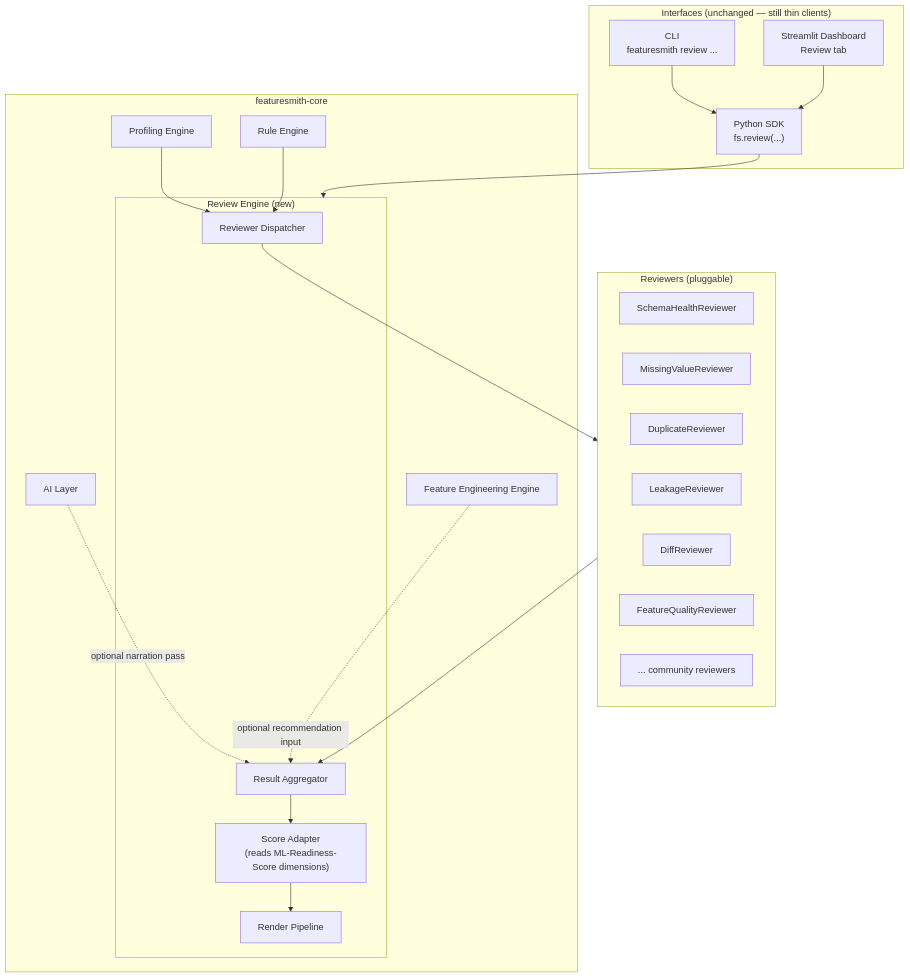
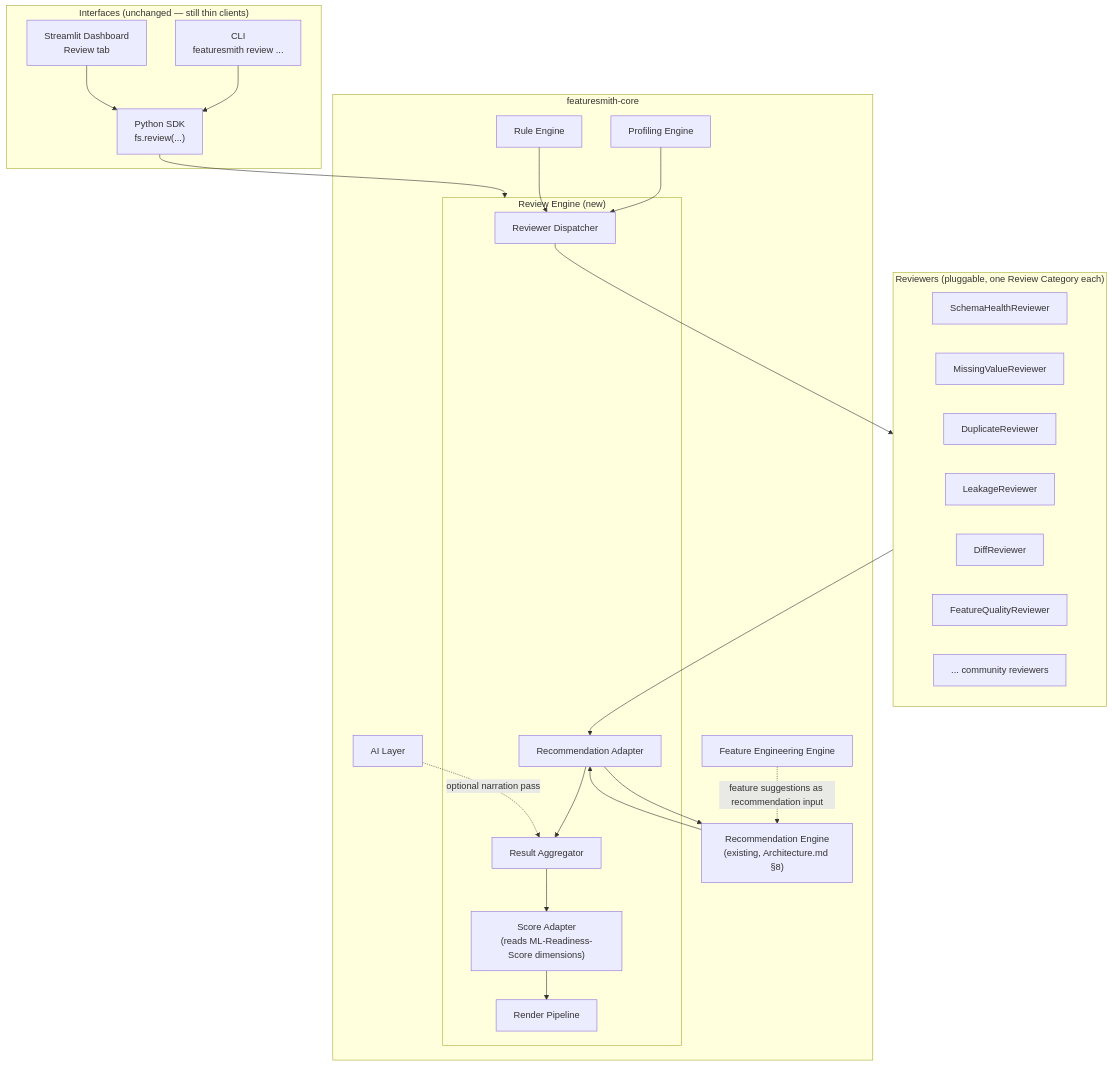
One commit to adityagangwani30/FeatureSmith changed the fourth of 5 diagrams in docs/features/Review-Engine-Architecture.md. Above: the diagram before and after it, drawn with Mermaid. The commit also changed other lines of this file and 13 other files, not shown here.

Commit message:
docs: synchronize architecture and implementation for v0.2.0

````diff
--- a/docs/features/Review-Engine-Architecture.md
+++ b/docs/features/Review-Engine-Architecture.md
@@ -87,43 +112,48 @@
 ```mermaid
 flowchart TB
     subgraph Surfaces["Interfaces (unchanged — still thin clients)"]
         SDK["Python SDK\nfs.review(...)"]
         CLI["CLI\nfeaturesmith review ..."]
         DASH["Streamlit Dashboard\nReview tab"]
     end
 
     subgraph Core["featuresmith-core"]
         PROF["Profiling Engine"]
         RULES["Rule Engine"]
         FEENG["Feature Engineering Engine"]
         AI["AI Layer"]
+        REC["Recommendation Engine\n(existing, Architecture.md §8)"]
         subgraph REVIEW["Review Engine (new)"]
             DISPATCH["Reviewer Dispatcher"]
+            RECADAPT["Recommendation Adapter"]
             AGG["Result Aggregator"]
             SCORE["Score Adapter\n(reads ML-Readiness-Score dimensions)"]
             REND["Render Pipeline"]
         end
     end
 
-    subgraph ReviewerPlugins["Reviewers (pluggable)"]
+    subgraph ReviewerPlugins["Reviewers (pluggable, one Review Category each)"]
         SCHEMA[SchemaHealthReviewer]
         MISSING[MissingValueReviewer]
         DUP[DuplicateReviewer]
         LEAK[LeakageReviewer]
         DIFF[DiffReviewer]
         FQ[FeatureQualityReviewer]
         FUTURE["... community reviewers"]
     end
 
     SDK --> REVIEW
     CLI --> SDK
     DASH --> SDK
     PROF --> DISPATCH
     RULES --> DISPATCH
     DISPATCH --> ReviewerPlugins
-    ReviewerPlugins --> AGG
+    ReviewerPlugins --> RECADAPT
+    RECADAPT --> REC
+    REC --> RECADAPT
+    RECADAPT --> AGG
     AGG --> SCORE
     SCORE --> REND
     AI -.->|"optional narration pass"| AGG
-    FEENG -.->|"optional recommendation input"| AGG
+    FEENG -.->|"feature suggestions as recommendation input"| REC
 ```
````
